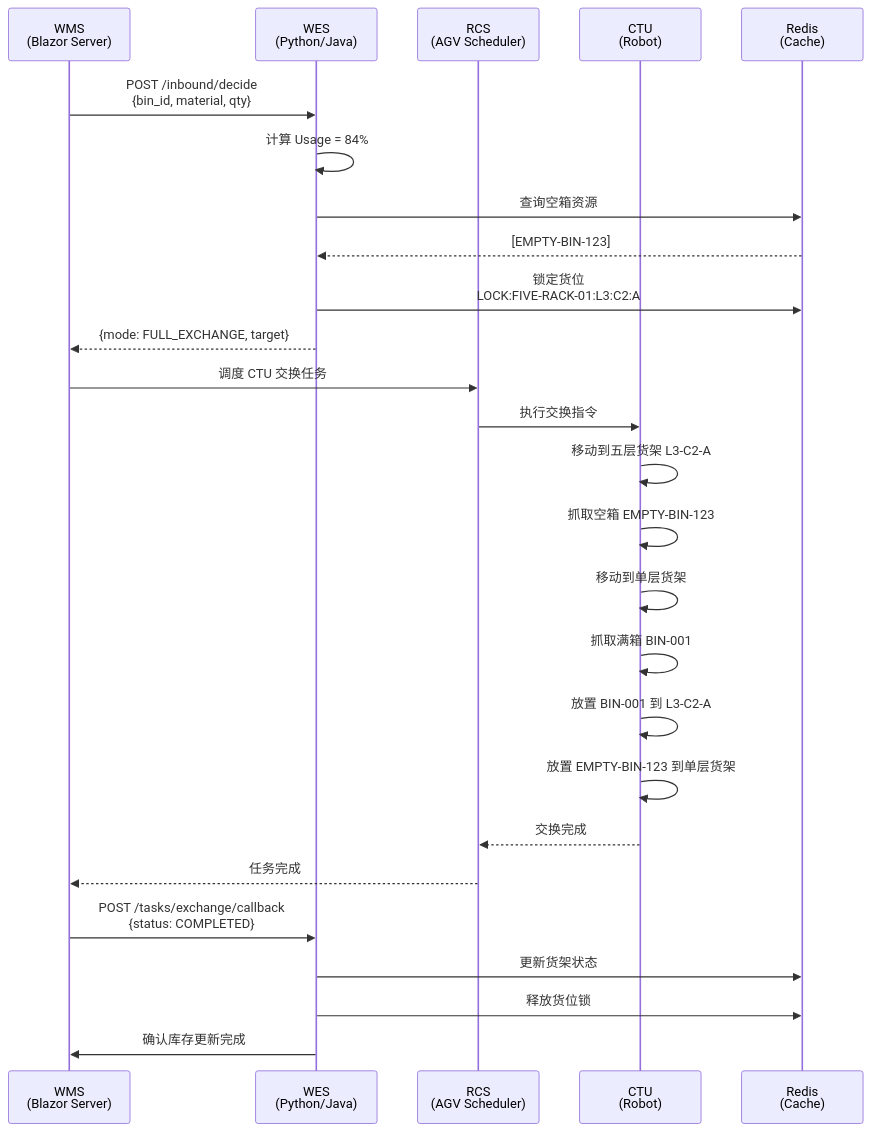
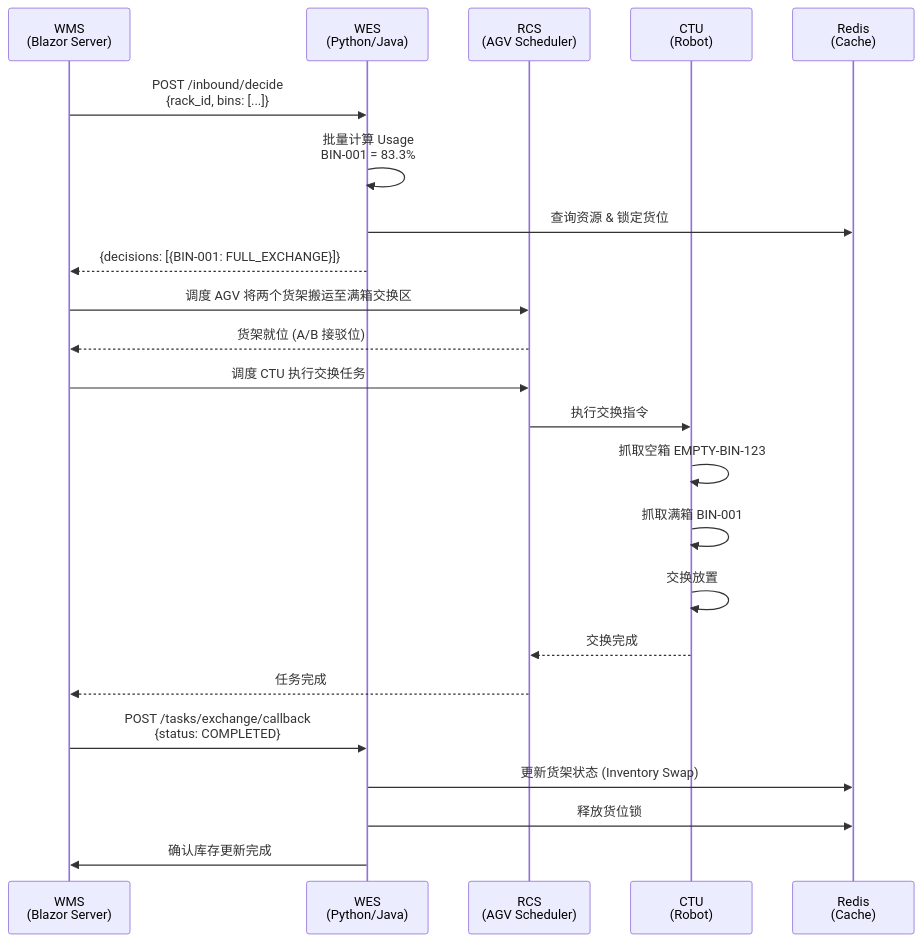
Before and after one commit to kaizhoumasha/fxn_wms: the first of 2 diagrams in docs/design/3.3.2-hybrid-inbound-strategy.md, drawn with Mermaid. The commit also changed other lines of this file and 2 other files, not shown here.

Commit message:
docs(3.3.2-hybrid-inbound-strategy): 完善 SMT 作业区 混合入库详细设计

````diff
--- a/docs/design/3.3.2-hybrid-inbound-strategy.md
+++ b/docs/design/3.3.2-hybrid-inbound-strategy.md
@@ -527,31 +716,29 @@
 ```mermaid
 sequenceDiagram
     participant WMS as WMS<br/>(Blazor Server)
     participant WES as WES<br/>(Python/Java)
     participant RCS as RCS<br/>(AGV Scheduler)
     participant CTU as CTU<br/>(Robot)
     participant Redis as Redis<br/>(Cache)
 
-    WMS->>WES: POST /inbound/decide<br/>{bin_id, material, qty}
-    WES->>WES: 计算 Usage = 84%
-    WES->>Redis: 查询空箱资源
-    Redis-->>WES: [EMPTY-BIN-123]
-    WES->>Redis: 锁定货位<br/>LOCK:FIVE-RACK-01:L3:C2:A
-    WES-->>WMS: {mode: FULL_EXCHANGE, target}
+    WMS->>WES: POST /inbound/decide<br/>{rack_id, bins: [...]}
+    WES->>WES: 批量计算 Usage<br/>BIN-001 = 83.3%
+    WES->>Redis: 查询资源 & 锁定货位
+    WES-->>WMS: {decisions: [{BIN-001: FULL_EXCHANGE}]}
 
-    WMS->>RCS: 调度 CTU 交换任务
+    WMS->>RCS: 调度 AGV 将两个货架搬运至满箱交换区
+    RCS-->>WMS: 货架就位 (A/B 接驳位)
+
+    WMS->>RCS: 调度 CTU 执行交换任务
     RCS->>CTU: 执行交换指令
-    CTU->>CTU: 移动到五层货架 L3-C2-A
     CTU->>CTU: 抓取空箱 EMPTY-BIN-123
-    CTU->>CTU: 移动到单层货架
     CTU->>CTU: 抓取满箱 BIN-001
-    CTU->>CTU: 放置 BIN-001 到 L3-C2-A
-    CTU->>CTU: 放置 EMPTY-BIN-123 到单层货架
+    CTU->>CTU: 交换放置
     CTU-->>RCS: 交换完成
     RCS-->>WMS: 任务完成
 
     WMS->>WES: POST /tasks/exchange/callback<br/>{status: COMPLETED}
-    WES->>Redis: 更新货架状态
+    WES->>Redis: 更新货架状态 (Inventory Swap)
     WES->>Redis: 释放货位锁
     WES->>WMS: 确认库存更新完成
 ```
````
